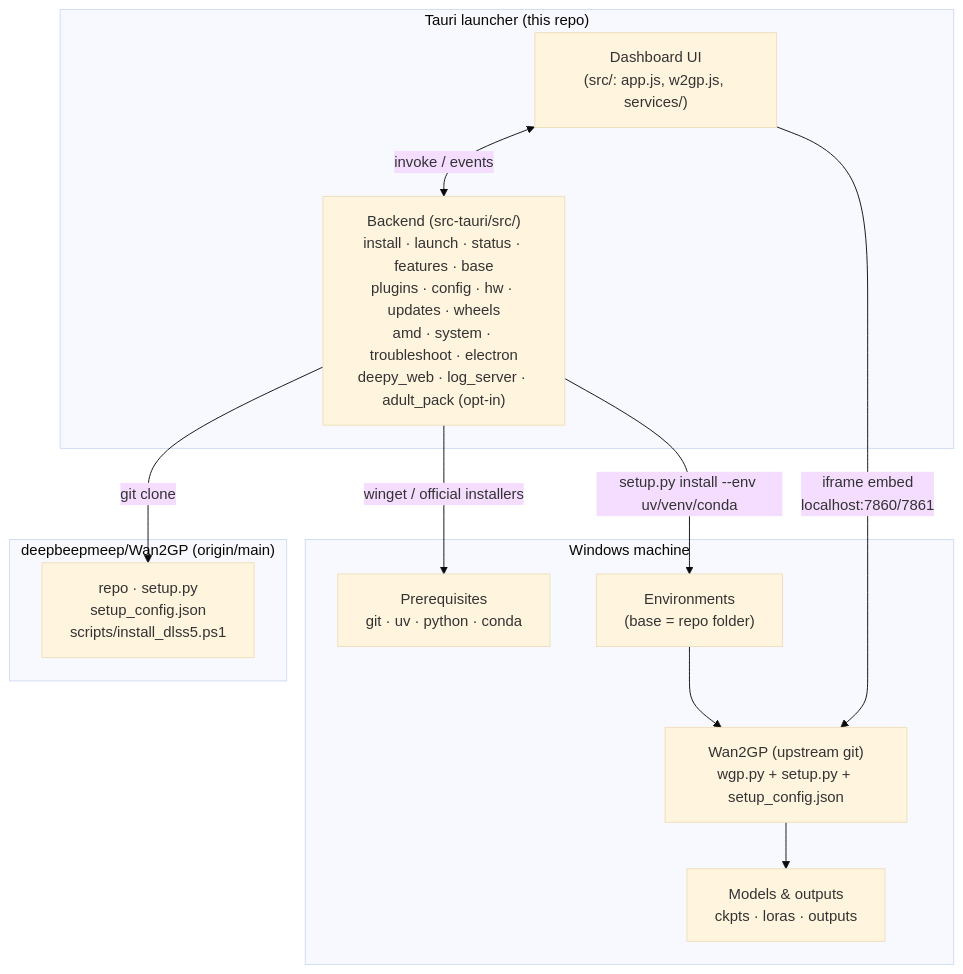
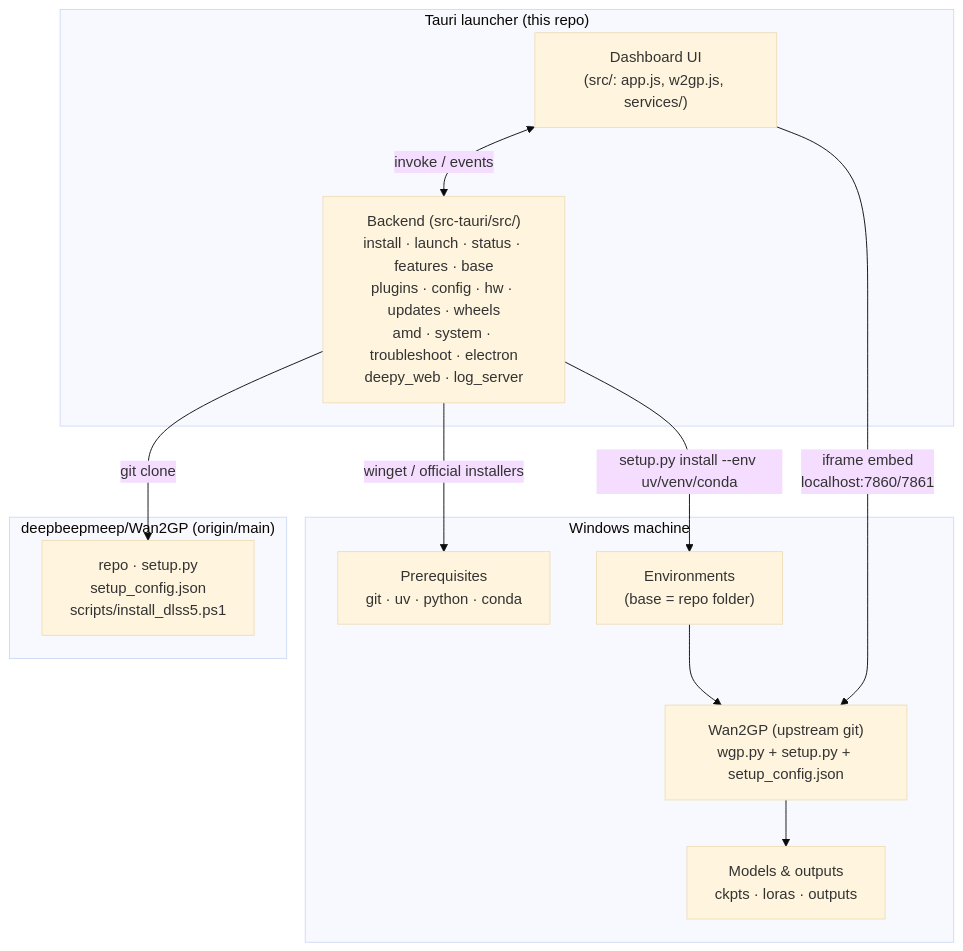
The first of 5 diagrams in docs/OVERVIEW.md (GKartist75/Wan2GP-Desktop-Tauri), drawn with Mermaid (base theme) before and after one commit. The commit also changed 51 other files, not shown here.

````diff
--- a/docs/OVERVIEW.md
+++ b/docs/OVERVIEW.md
@@ -9,23 +9,23 @@
 ```mermaid
 flowchart TB
     subgraph Launcher["Tauri launcher (this repo)"]
         UI["Dashboard UI\n(src/: app.js, w2gp.js, services/)"]
-        BE["Backend (src-tauri/src/)\ninstall · launch · status · features · base\nplugins · config · hw · updates · wheels\namd · system · troubleshoot · electron\ndeepy_web · log_server · adult_pack (opt-in)"]
+        BE["Backend (src-tauri/src/)\ninstall · launch · status · features · base\nplugins · config · hw · updates · wheels\namd · system · troubleshoot · electron\ndeepy_web · log_server"]
         UI <-->|invoke / events| BE
     end
     subgraph Machine["Windows machine"]
         PREREQ["Prerequisites\ngit · uv · python · conda"]
         ENV["Environments\n(base = repo folder)"]
         WAN2GP["Wan2GP (upstream git)\nwgp.py + setup.py + setup_config.json"]
         MODELS["Models & outputs\nckpts · loras · outputs"]
     end
     subgraph Upstream["deepbeepmeep/Wan2GP (origin/main)"]
         UPSTREAM_REPO["repo · setup.py\nsetup_config.json\nscripts/install_dlss5.ps1"]
     end
     BE -->|winget / official installers| PREREQ
     BE -->|git clone| UPSTREAM_REPO
     BE -->|setup.py install --env uv/venv/conda| ENV
     ENV --> WAN2GP
     WAN2GP --> MODELS
     UI -->|iframe embed\nlocalhost:7860/7861| WAN2GP
 ```
````
